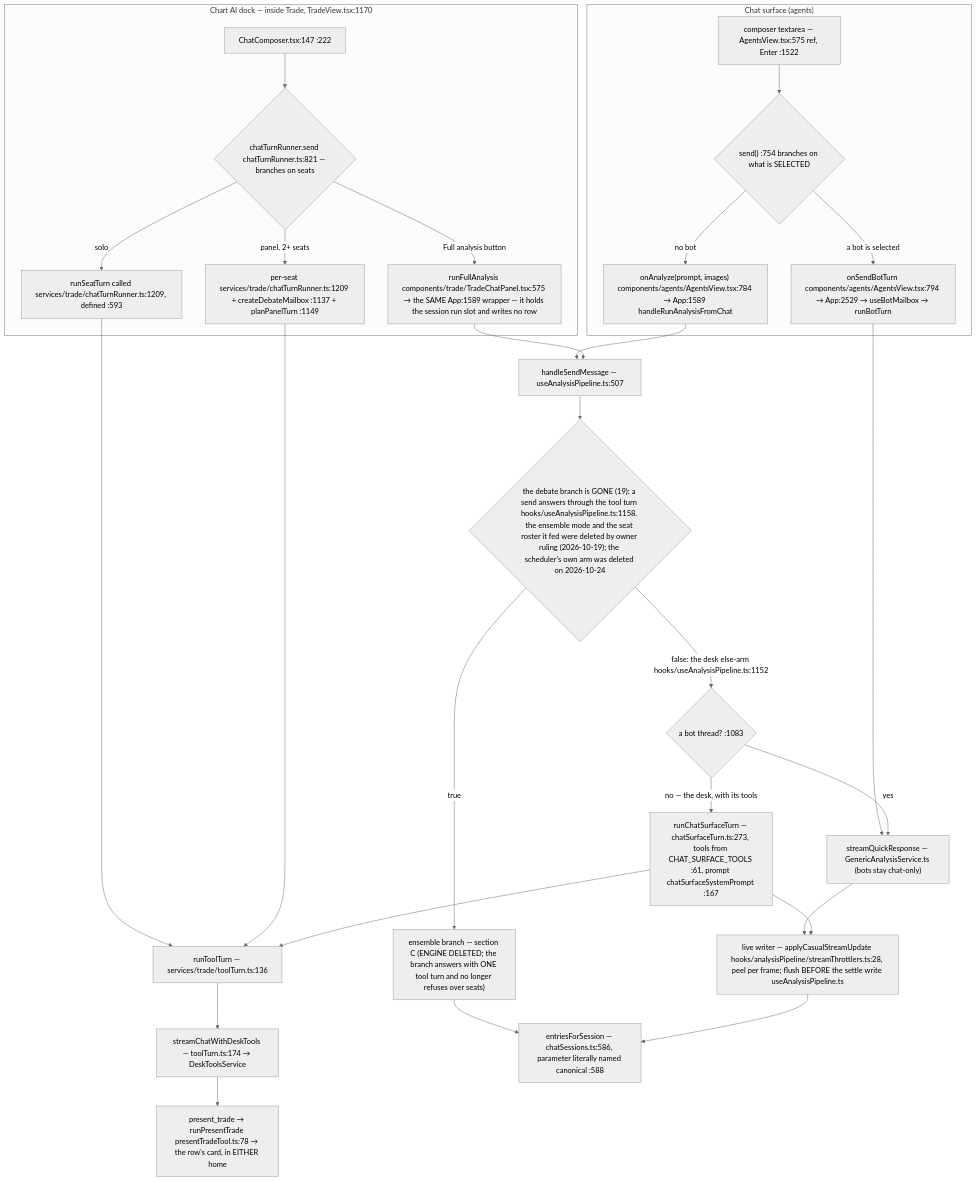
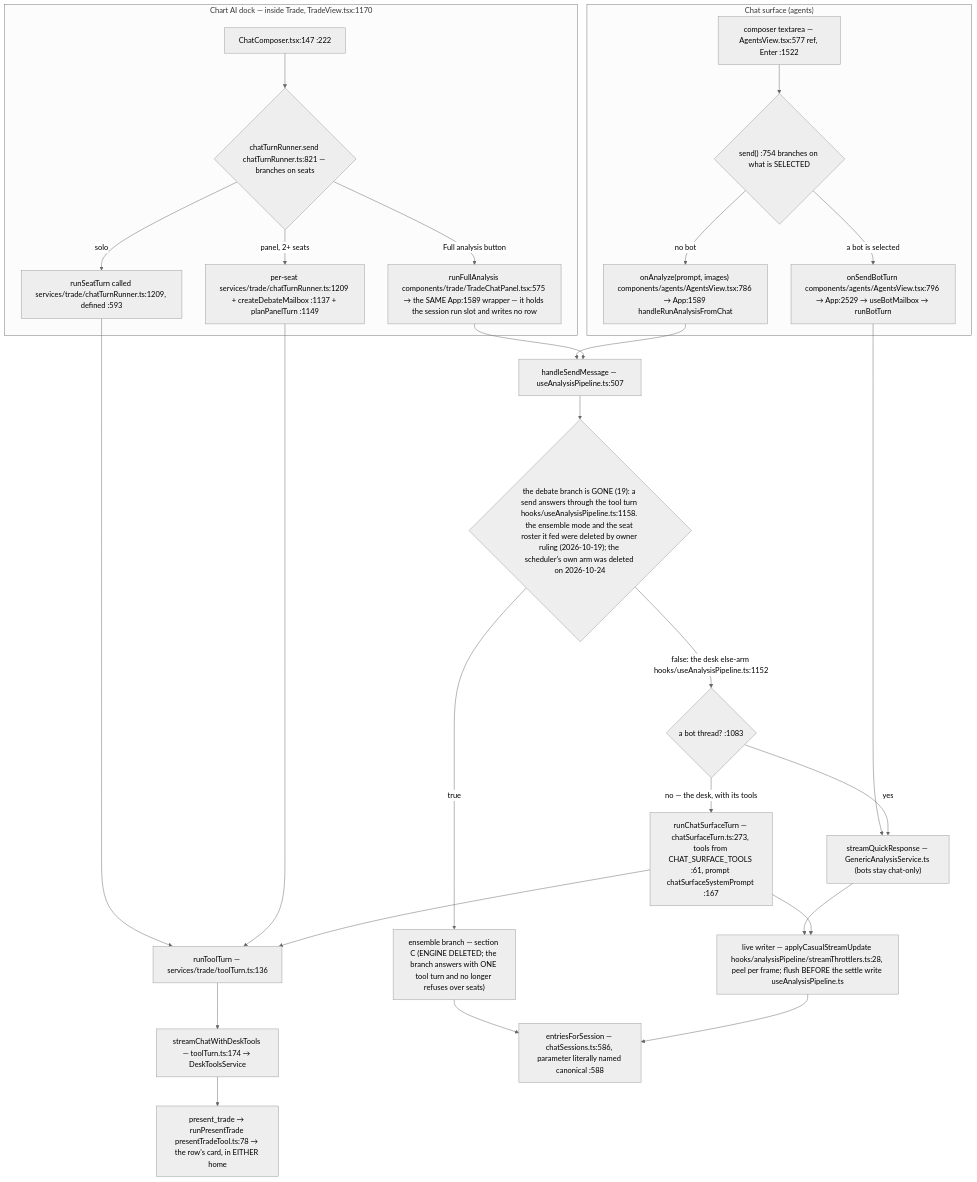
Before and after one commit to Acepay25/august-3.5: the second of 8 diagrams in docs/app-flow.md, drawn with Mermaid (neutral theme). The commit also changed other lines of this file and 8 other files, not shown here.

````diff
--- a/docs/app-flow.md
+++ b/docs/app-flow.md
@@ -78,31 +78,31 @@
 ```mermaid
 flowchart TD
     subgraph CHAT["Chat surface (agents)"]
-        CB["composer textarea — AgentsView.tsx:575 ref, Enter :1522"] --> D1{"send() :754 branches on what is SELECTED"}
-        D1 -->|a bot is selected| BOT["onSendBotTurn components/agents/AgentsView.tsx:794 → App:2529 → useBotMailbox → runBotTurn"]
-        D1 -->|no bot| AN["onAnalyze(prompt, images) components/agents/AgentsView.tsx:784 → App:1589 handleRunAnalysisFromChat"]
+        CB["composer textarea — AgentsView.tsx:577 ref, Enter :1522"] --> D1{"send() :754 branches on what is SELECTED"}
+        D1 -->|a bot is selected| BOT["onSendBotTurn components/agents/AgentsView.tsx:796 → App:2529 → useBotMailbox → runBotTurn"]
+        D1 -->|no bot| AN["onAnalyze(prompt, images) components/agents/AgentsView.tsx:786 → App:1589 handleRunAnalysisFromChat"]
     end
     subgraph DOCK["Chart AI dock — inside Trade, TradeView.tsx:1170"]
         DC["ChatComposer.tsx:147 :222"] --> D2{"chatTurnRunner.send chatTurnRunner.ts:821 — branches on seats"}
         D2 -->|solo| SO["runSeatTurn called services/trade/chatTurnRunner.ts:1209, defined :593"]
         D2 -->|panel, 2+ seats| PN["per-seat services/trade/chatTurnRunner.ts:1209 + createDebateMailbox :1137 + planPanelTurn :1149"]
         D2 -->|Full analysis button| FA["runFullAnalysis components/trade/TradeChatPanel.tsx:575 → the SAME App:1589 wrapper — it holds the session run slot and writes no row"]
     end
     SO --> TT["runToolTurn — services/trade/toolTurn.ts:136"]
     PN --> TT
     TT --> SCDT["streamChatWithDeskTools — toolTurn.ts:174 → DeskToolsService"]
     BOT --> TR["streamQuickResponse — GenericAnalysisService.ts (bots stay chat-only)"]
     AN --> HSM["handleSendMessage — useAnalysisPipeline.ts:507"]
     FA --> HSM
     HSM --> D3{"the debate branch is GONE (19): a send answers through the tool turn hooks/useAnalysisPipeline.ts:1158. the ensemble mode and the seat roster it fed were deleted by owner ruling (2026-10-19); the scheduler's own arm was deleted on 2026-10-24"}
     D3 -->|true| ENS["ensemble branch — section C (ENGINE DELETED; the branch answers with ONE tool turn and no longer refuses over seats)"]
     D3 -->|false: the desk else-arm hooks/useAnalysisPipeline.ts:1152| SPLIT{"a bot thread? :1083"}
     SPLIT -->|yes| TR
     SPLIT -->|no — the desk, with its tools| CST["runChatSurfaceTurn — chatSurfaceTurn.ts:273, tools from CHAT_SURFACE_TOOLS :61, prompt chatSurfaceSystemPrompt :167"]
     CST --> TT
     TR --> LW["live writer — applyCasualStreamUpdate hooks/analysisPipeline/streamThrottlers.ts:28, peel per frame; flush BEFORE the settle write useAnalysisPipeline.ts"]
     CST --> LW
     ENS --> MERGE
     LW --> MERGE["entriesForSession — chatSessions.ts:586, parameter literally named canonical :588"]
     SCDT --> PT["present_trade → runPresentTrade presentTradeTool.ts:78 → the row's card, in EITHER home"]
 ```
````
